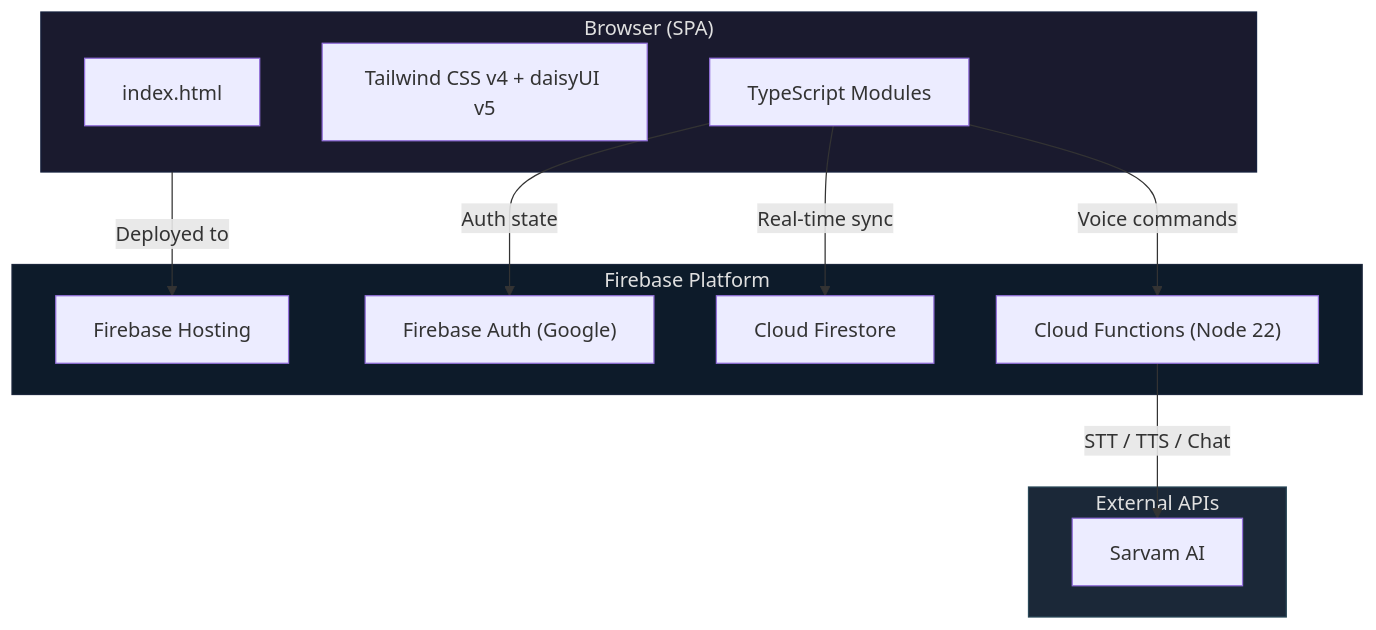
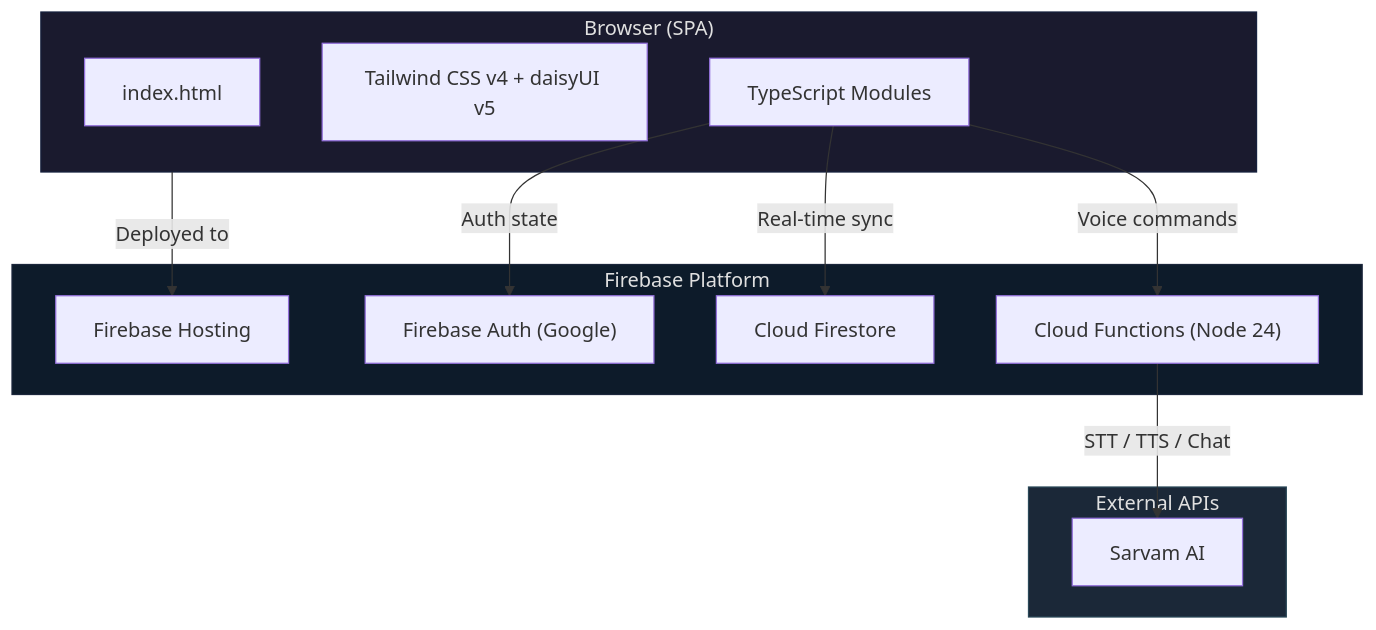
Before and after one commit to nsudhanva/shopping: the first of 7 diagrams in README.md, drawn with Mermaid. The commit also changed other lines of this file and 17 other files, not shown here.

````diff
--- a/README.md
+++ b/README.md
@@ -27,29 +27,29 @@
 ```mermaid
 graph TB
     subgraph Client["Browser (SPA)"]
         HTML["index.html"]
         CSS["Tailwind CSS v4 + daisyUI v5"]
         TS["TypeScript Modules"]
     end
 
     subgraph Firebase["Firebase Platform"]
         Hosting["Firebase Hosting"]
         Auth["Firebase Auth (Google)"]
         Firestore["Cloud Firestore"]
-        Functions["Cloud Functions (Node 22)"]
+        Functions["Cloud Functions (Node 24)"]
     end
 
     subgraph External["External APIs"]
         Sarvam["Sarvam AI"]
     end
 
     Client -->|Deployed to| Hosting
     TS -->|Auth state| Auth
     TS -->|Real-time sync| Firestore
     TS -->|Voice commands| Functions
     Functions -->|STT / TTS / Chat| Sarvam
 
     style Client fill:#1a1a2e,stroke:#16213e,color:#e0e0e0
     style Firebase fill:#0d1b2a,stroke:#1b263b,color:#e0e0e0
     style External fill:#1b2838,stroke:#2a4858,color:#e0e0e0
 ```
````
